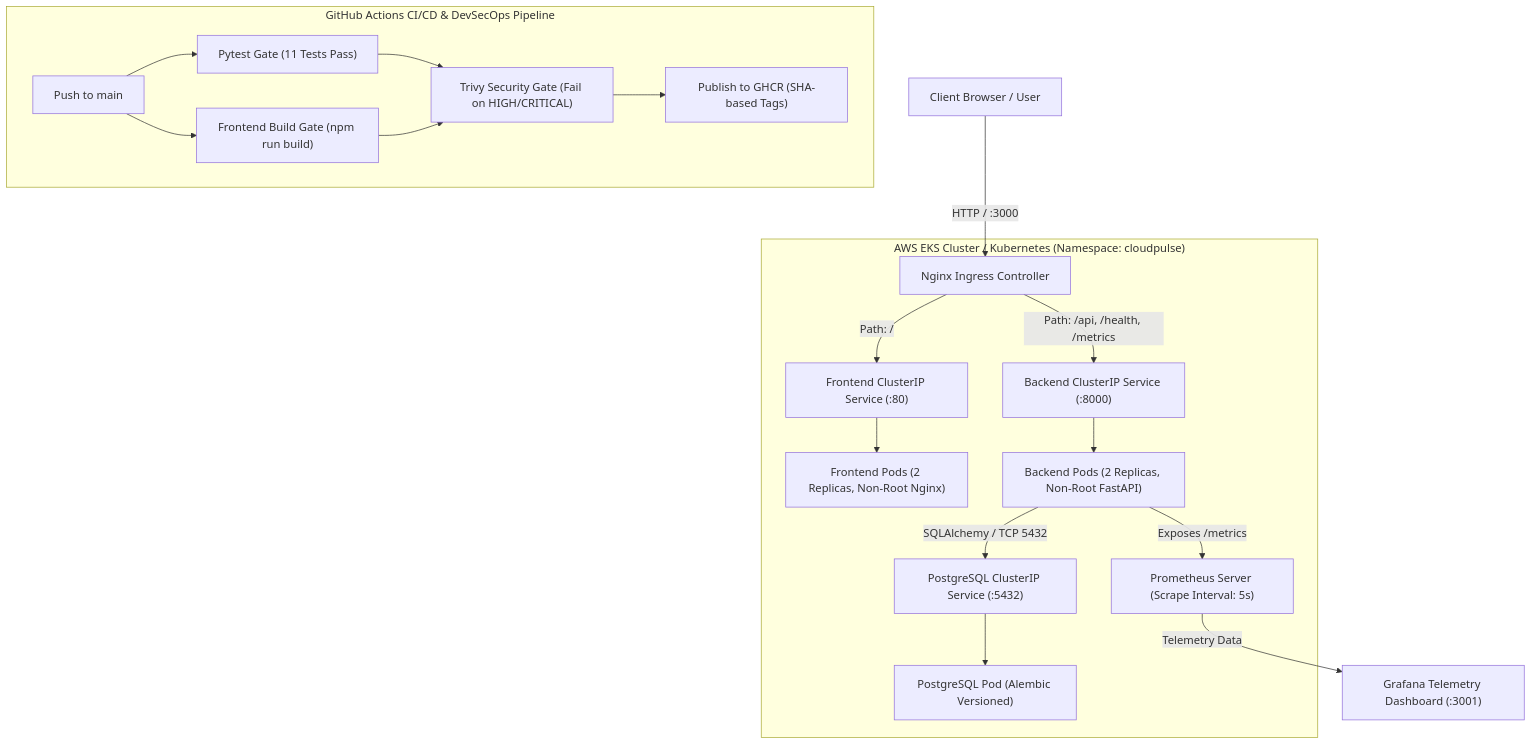
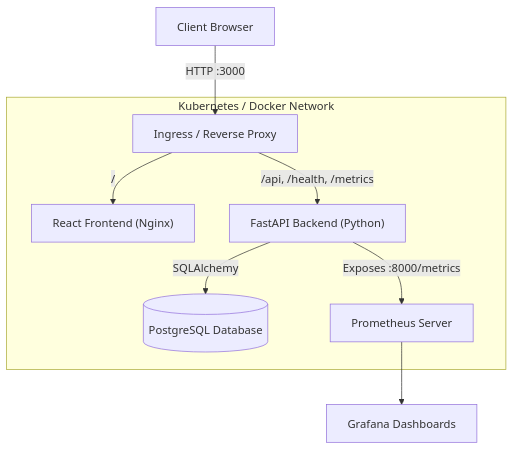
One commit to ponnaganti24bcs10350-svg/devops-proj changed the diagram in README.md. Above: the diagram before and after it, drawn with Mermaid. The commit also changed other lines of this file, not shown here.

````diff
--- a/README.md
+++ b/README.md
@@ -33,27 +22,14 @@
 ```mermaid
 graph TD
-    Client["Client Browser / User"] -->|HTTP / :3000| Ingress["Nginx Ingress Controller"]
+    Client["Client Browser"] -->|HTTP :3000| Ingress["Ingress / Reverse Proxy"]
     
-    subgraph Kubernetes_Cluster ["AWS EKS Cluster / Kubernetes (Namespace: cloudpulse)"]
-        Ingress -->|Path: / | FrontendSvc["Frontend ClusterIP Service (:80)"]
-        Ingress -->|Path: /api, /health, /metrics | BackendSvc["Backend ClusterIP Service (:8000)"]
+    subgraph Cluster ["Kubernetes / Docker Network"]
+        Ingress -->|/ | Frontend["React Frontend (Nginx)"]
+        Ingress -->|/api, /health, /metrics | Backend["FastAPI Backend (Python)"]
         
-        FrontendSvc --> FrontendPods["Frontend Pods (2 Replicas, Non-Root Nginx)"]
-        BackendSvc --> BackendPods["Backend Pods (2 Replicas, Non-Root FastAPI)"]
-        
-        BackendPods -->|SQLAlchemy / TCP 5432| PostgresSvc["PostgreSQL ClusterIP Service (:5432)"]
-        PostgresSvc --> PostgresPod["PostgreSQL Pod (Alembic Versioned)"]
-        
-        BackendPods -->|Exposes /metrics| Prometheus["Prometheus Server (Scrape Interval: 5s)"]
+        Backend -->|SQLAlchemy| Postgres[("PostgreSQL Database")]
+        Backend -->|Exposes :8000/metrics| Prometheus["Prometheus Server"]
     end
 
-    Prometheus -->|Telemetry Data| Grafana["Grafana Telemetry Dashboard (:3001)"]
-
-    subgraph CI_CD_Pipeline ["GitHub Actions CI/CD & DevSecOps Pipeline"]
-        GitPush["Push to main"] --> PytestGate["Pytest Gate (11 Tests Pass)"]
-        GitPush --> FrontendBuild["Frontend Build Gate (npm run build)"]
-        PytestGate --> TrivyScan["Trivy Security Gate (Fail on HIGH/CRITICAL)"]
-        FrontendBuild --> TrivyScan
-        TrivyScan --> GHCR["Publish to GHCR (SHA-based Tags)"]
-    end
+    Prometheus --> Grafana["Grafana Dashboards"]
 ```
````
